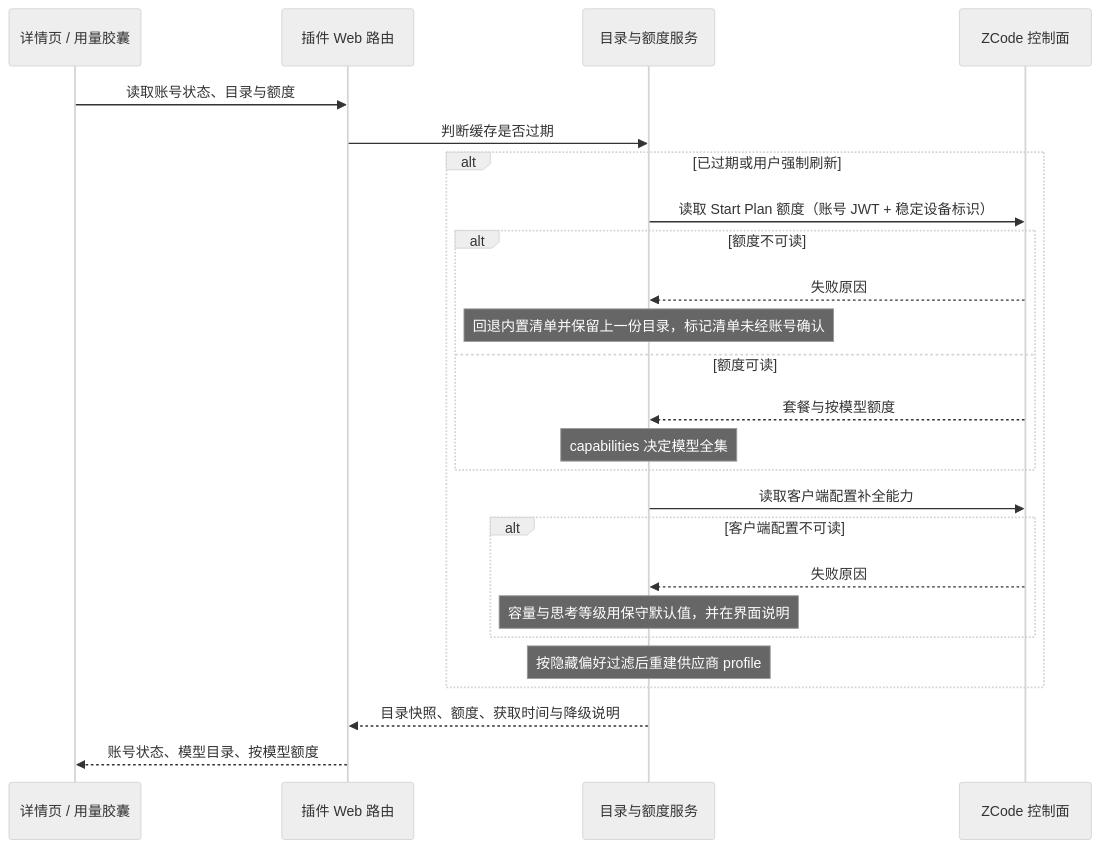
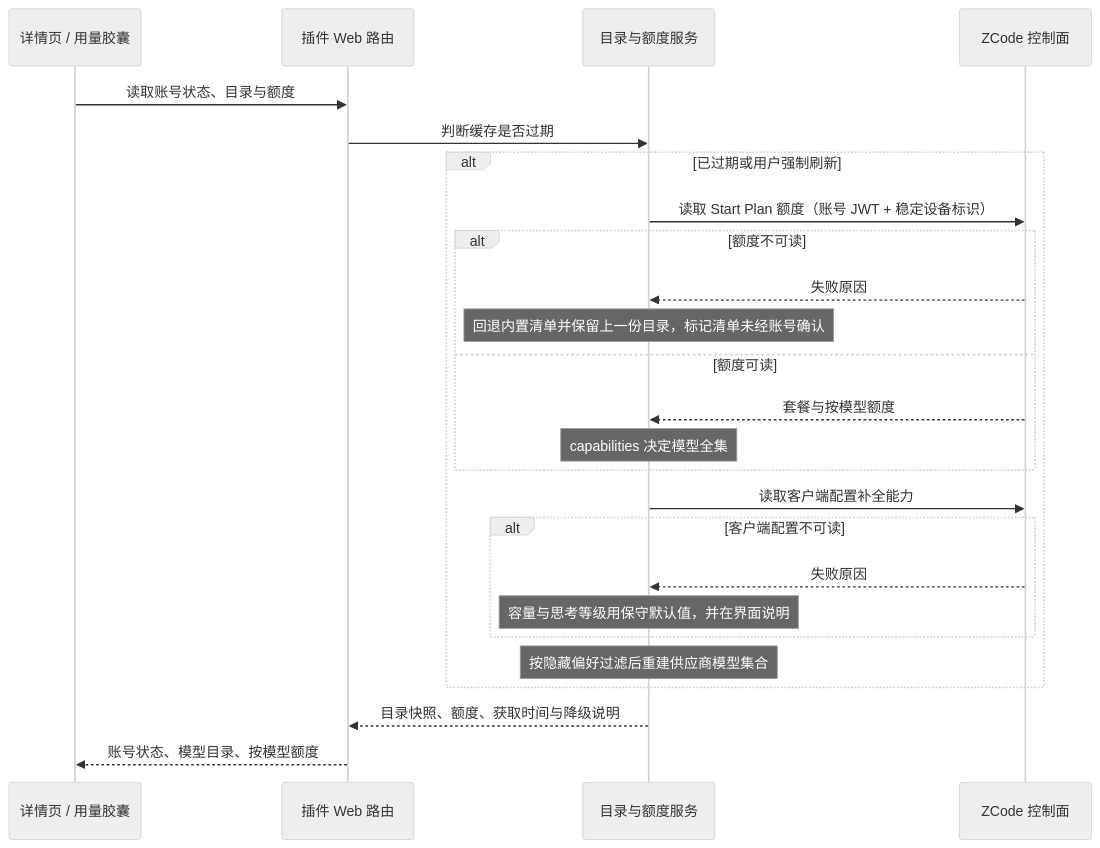
One commit to FNOSP/fnos-dsh changed the sixth of 7 diagrams in docs/plans/PLAN-FNOS-027-dsh-zcode-plugin.md. Above: the diagram before and after it, drawn with Mermaid (neutral theme). The commit also changed other lines of this file and 7 other files, not shown here.

````diff
--- a/docs/plans/PLAN-FNOS-027-dsh-zcode-plugin.md
+++ b/docs/plans/PLAN-FNOS-027-dsh-zcode-plugin.md
@@ -193,27 +198,27 @@
 ```mermaid
 sequenceDiagram
   participant UI as 详情页 / 用量胶囊
   participant Routes as 插件 Web 路由
   participant Service as 目录与额度服务
   participant ZCode as ZCode 控制面
   UI->>Routes: 读取账号状态、目录与额度
   Routes->>Service: 判断缓存是否过期
   alt 已过期或用户强制刷新
     Service->>ZCode: 读取 Start Plan 额度（账号 JWT + 稳定设备标识）
     alt 额度不可读
       ZCode-->>Service: 失败原因
       Note over Service: 回退内置清单并保留上一份目录，标记清单未经账号确认
     else 额度可读
       ZCode-->>Service: 套餐与按模型额度
       Note over Service: capabilities 决定模型全集
     end
     Service->>ZCode: 读取客户端配置补全能力
     alt 客户端配置不可读
       ZCode-->>Service: 失败原因
       Note over Service: 容量与思考等级用保守默认值，并在界面说明
     end
-    Note over Service: 按隐藏偏好过滤后重建供应商 profile
+    Note over Service: 按隐藏偏好过滤后重建供应商模型集合
   end
   Service-->>Routes: 目录快照、额度、获取时间与降级说明
   Routes-->>UI: 账号状态、模型目录、按模型额度
 ```
````
